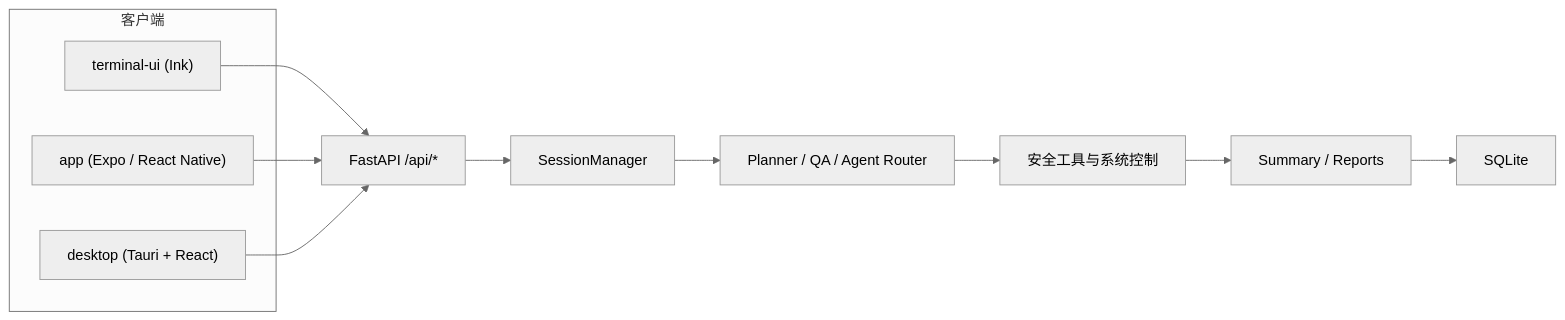
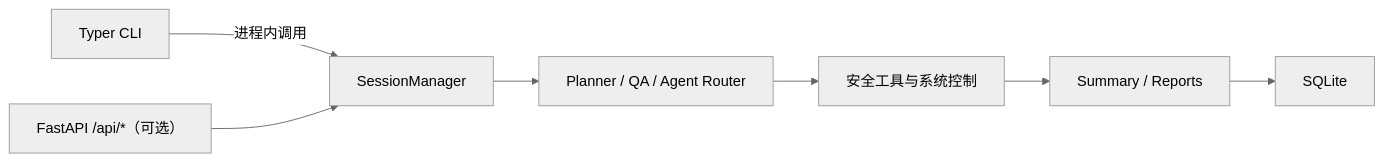
The diagram in README.md (iammm0/secbot), drawn with Mermaid (neutral theme) before and after one commit. The commit also changed other lines of this file and 10 other files, not shown here.

````diff
--- a/README.md
+++ b/README.md
@@ -72,18 +69,12 @@
 ```mermaid
 flowchart LR
-  subgraph Clients["客户端"]
-    tui["terminal-ui (Ink)"]
-    mobile["app (Expo / React Native)"]
-    desktop["desktop (Tauri + React)"]
-  end
-
-  tui --> api["FastAPI /api/*"]
-  mobile --> api
-  desktop --> api
-
-  api --> session["SessionManager"]
+  CLI["Typer CLI"]
+  CLI -->|"进程内调用"| session["SessionManager"]
   session --> planner["Planner / QA / Agent Router"]
   planner --> tools["安全工具与系统控制"]
   tools --> summary["Summary / Reports"]
   summary --> db["SQLite"]
+
+  API["FastAPI /api/*（可选）"]
+  API --> session
 ```
````
